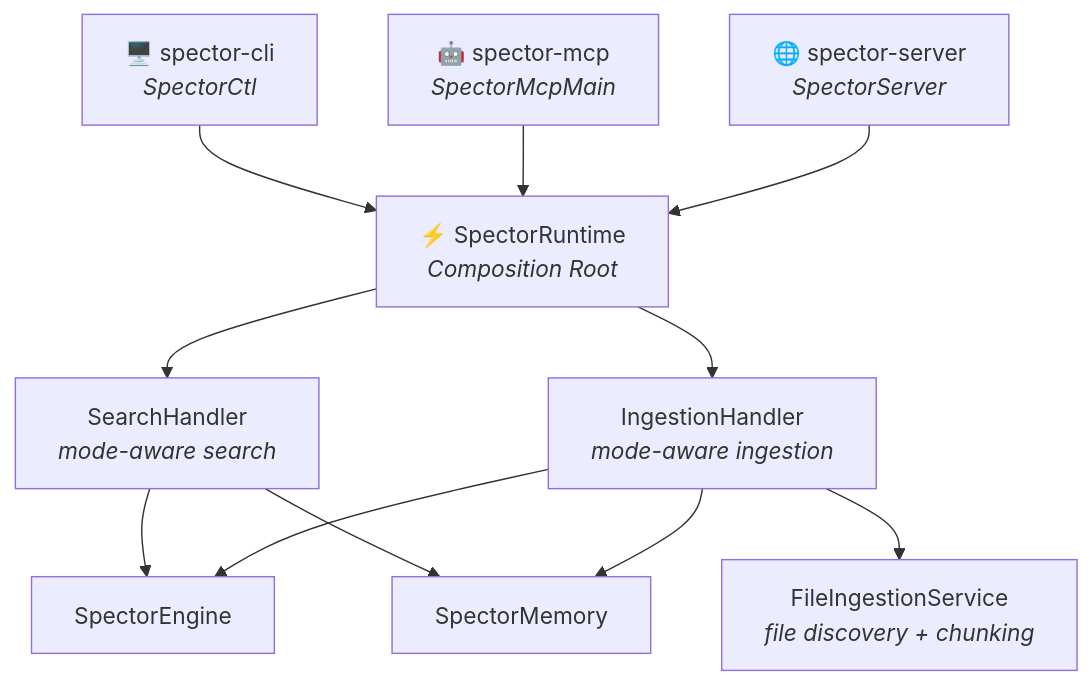
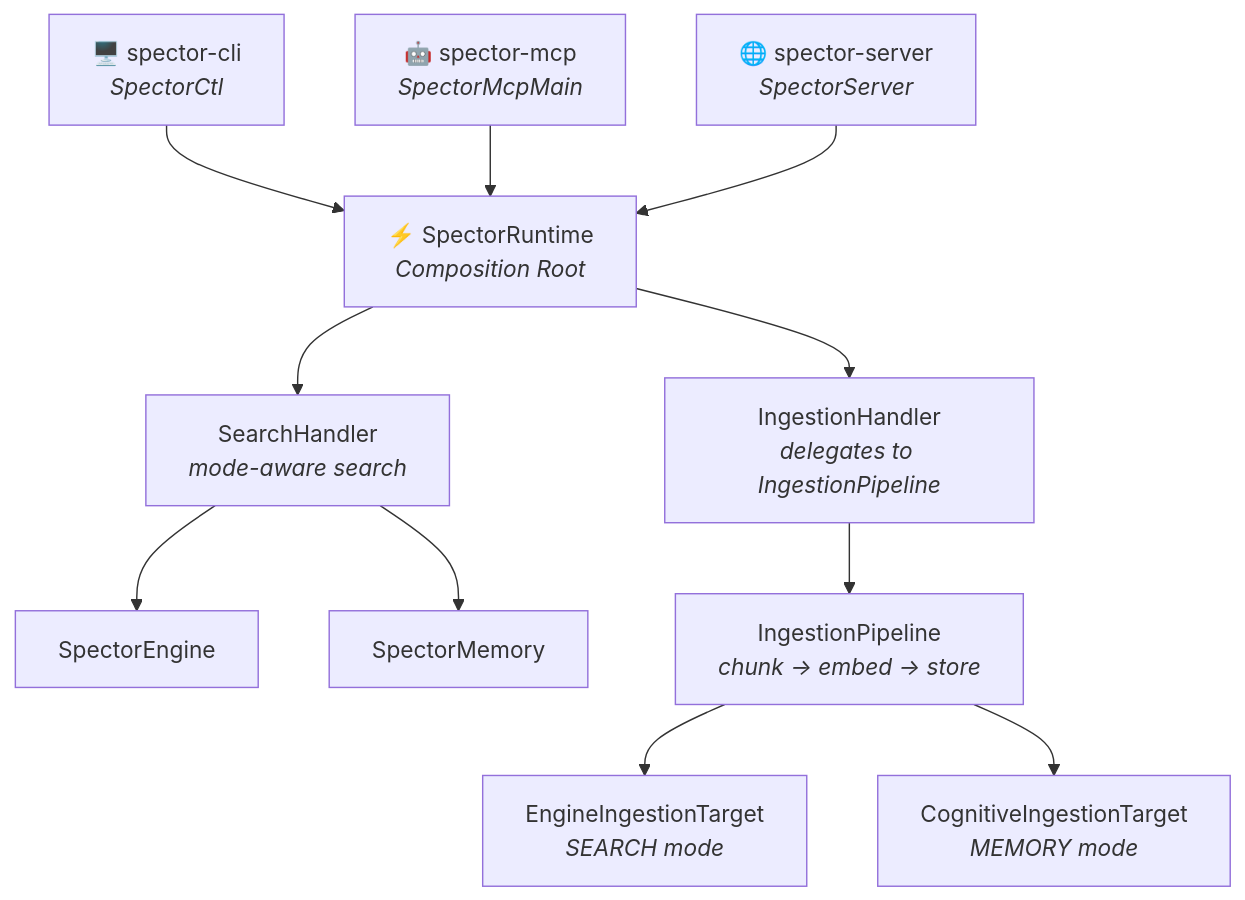
Before and after one commit to spectrayan/spector-search: the second of 2 diagrams in docs/docs/modules/index.md, drawn with Mermaid. The commit also changed other lines of this file and 8 other files, not shown here.

Commit message:
docs: update architecture docs for memory module and ingestion pipeline

````diff
--- a/docs/docs/modules/index.md
+++ b/docs/docs/modules/index.md
@@ -84,21 +86,21 @@
 ```mermaid
 graph TD
     cli["🖥️ spector-cli<br/><i>SpectorCtl</i>"]
     mcp["🤖 spector-mcp<br/><i>SpectorMcpMain</i>"]
     server["🌐 spector-server<br/><i>SpectorServer</i>"]
 
     cli --> runtime
     mcp --> runtime
     server --> runtime
 
     runtime["⚡ SpectorRuntime<br/><i>Composition Root</i>"]
 
     runtime --> sh["SearchHandler<br/><i>mode-aware search</i>"]
-    runtime --> ih["IngestionHandler<br/><i>mode-aware ingestion</i>"]
+    runtime --> ih["IngestionHandler<br/><i>delegates to IngestionPipeline</i>"]
 
     sh --> engine["SpectorEngine"]
     sh --> memory["SpectorMemory"]
-    ih --> engine
-    ih --> memory
-    ih --> ingestion["FileIngestionService<br/><i>file discovery + chunking</i>"]
+    ih --> pipeline["IngestionPipeline<br/><i>chunk → embed → store</i>"]
+    pipeline --> engineTarget["EngineIngestionTarget<br/><i>SEARCH mode</i>"]
+    pipeline --> memTarget["CognitiveIngestionTarget<br/><i>MEMORY mode</i>"]
 ```
````
